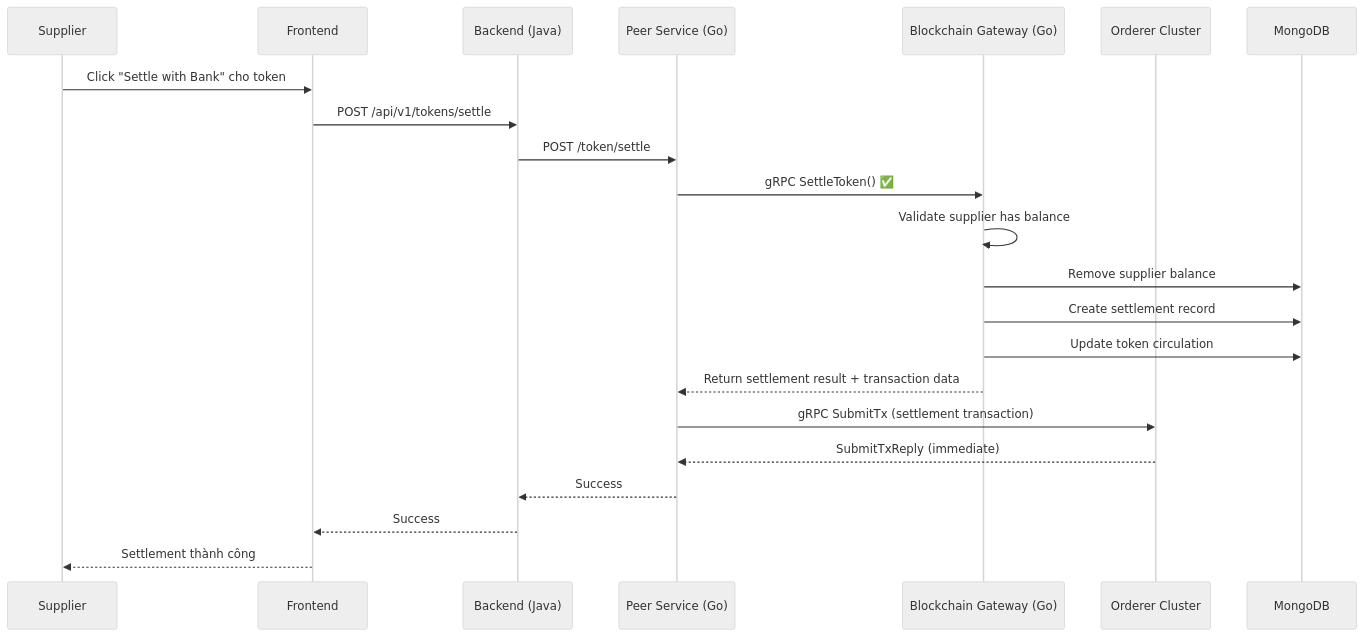
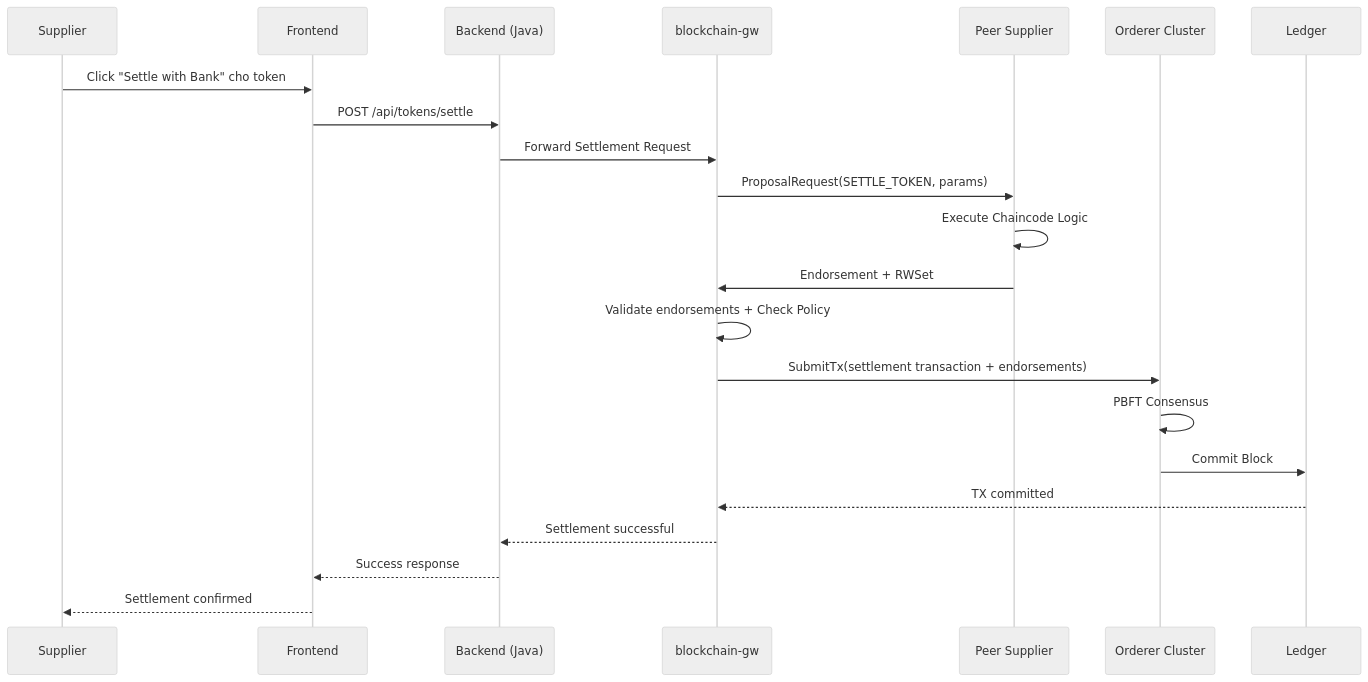
The eighth of 25 diagrams in System_Design_Document.md (trunghc97/blockchain), drawn with Mermaid (neutral theme) before and after one commit. The commit also changed other lines of this file and 1 other file, not shown here.

Commit message:
change to peer

````diff
--- a/System_Design_Document.md
+++ b/System_Design_Document.md
@@ -1155,25 +1088,28 @@
 ```mermaid
 sequenceDiagram
     participant S as Supplier
     participant FE as Frontend
     participant BE as Backend (Java)
-    participant PEER as Peer Service (Go)
-    participant GATEWAY as Blockchain Gateway (Go)
-    participant ORDERER as Orderer Cluster
-    participant DB as MongoDB
+    participant GW as blockchain-gw
+    participant PeerS as Peer Supplier
+    participant ORD as Orderer Cluster
+    participant LED as Ledger
 
     S->>FE: Click "Settle with Bank" cho token
-    FE->>BE: POST /api/v1/tokens/settle
-    BE->>PEER: POST /token/settle
-    PEER->>GATEWAY: gRPC SettleToken() ✅
-    GATEWAY->>GATEWAY: Validate supplier has balance
-    GATEWAY->>DB: Remove supplier balance
-    GATEWAY->>DB: Create settlement record
-    GATEWAY->>DB: Update token circulation
-    GATEWAY-->>PEER: Return settlement result + transaction data
-    PEER->>ORDERER: gRPC SubmitTx (settlement transaction)
-    ORDERER-->>PEER: SubmitTxReply (immediate)
-    PEER-->>BE: Success
-    BE-->>FE: Success
-    FE-->>S: Settlement thành công
+    FE->>BE: POST /api/tokens/settle
+    BE->>GW: Forward Settlement Request
+    
+    GW->>PeerS: ProposalRequest(SETTLE_TOKEN, params)
+    PeerS->>PeerS: Execute Chaincode Logic
+    PeerS->>GW: Endorsement + RWSet
+    
+    GW->>GW: Validate endorsements + Check Policy
+    GW->>ORD: SubmitTx(settlement transaction + endorsements)
+    ORD->>ORD: PBFT Consensus
+    ORD->>LED: Commit Block
+    LED-->>GW: TX committed
+    
+    GW-->>BE: Settlement successful
+    BE-->>FE: Success response
+    FE-->>S: Settlement confirmed
 ```
````
